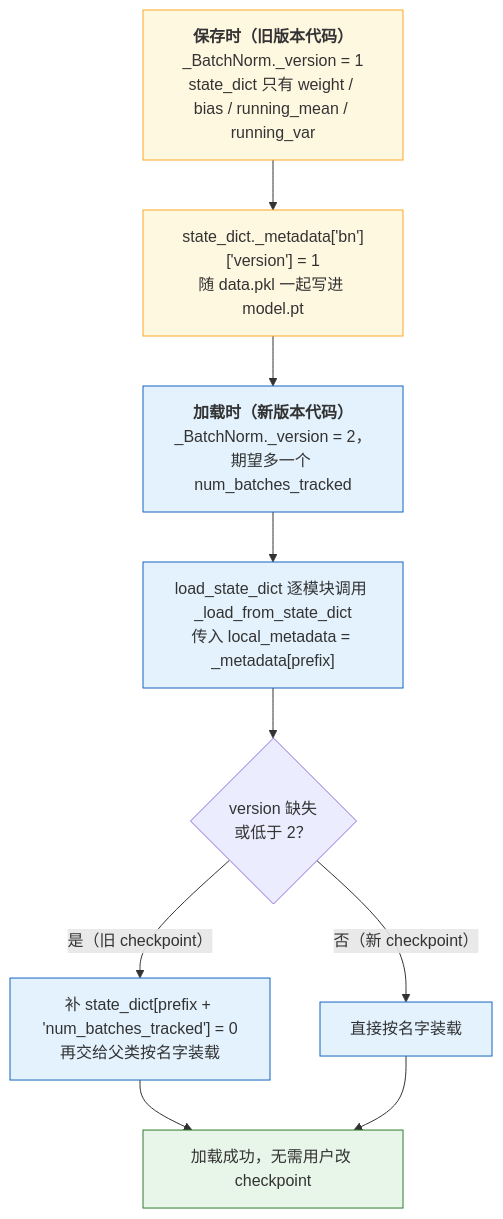
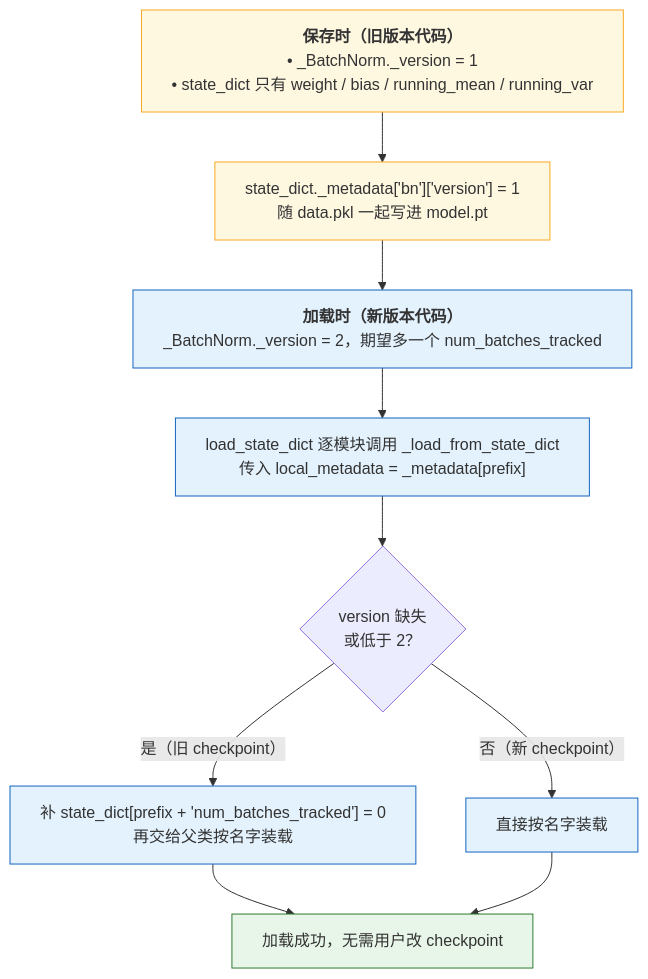
The fifth of 7 diagrams in _posts/2026-02-26-pytorch-engineering-system.md (arganzheng/arganzheng.github.com), drawn with Mermaid before and after one commit. The commit also changed other lines of this file and 9 other files, not shown here.

First line of the commit message:
PyTorch 系列其余 9 篇：流程图方框改成「标题 + 列表」

````diff
--- a/_posts/2026-02-26-pytorch-engineering-system.md
+++ b/_posts/2026-02-26-pytorch-engineering-system.md
@@ -811,22 +813,23 @@
 ```mermaid
+%%{init: {"flowchart": {"wrappingWidth": 620}}}%%
 %% 图：state_dict 的版本升级：保存时写入 _metadata 的 version，加载时 _load_from_state_dict 按版本补字段
 flowchart TB
-    SAVE["<b>保存时（旧版本代码）</b><br/>_BatchNorm._version = 1<br/>state_dict 只有 weight / bias / running_mean / running_var"]
+    SAVE["<b>保存时（旧版本代码）</b><br/>• _BatchNorm._version = 1<br/>• state_dict 只有 weight / bias / running_mean / running_var"]
     META["state_dict._metadata#91;'bn'#93;#91;'version'#93; = 1<br/>随 data.pkl 一起写进 model.pt"]
     LOAD["<b>加载时（新版本代码）</b><br/>_BatchNorm._version = 2，期望多一个 num_batches_tracked"]
     HOOK["load_state_dict 逐模块调用 _load_from_state_dict<br/>传入 local_metadata = _metadata#91;prefix#93;"]
     JUDGE{"version 缺失<br/>或低于 2？"}
     PATCH["补 state_dict#91;prefix + 'num_batches_tracked'#93; = 0<br/>再交给父类按名字装载"]
     PASS["直接按名字装载"]
     OK["加载成功，无需用户改 checkpoint"]
     SAVE --> META --> LOAD --> HOOK --> JUDGE
     JUDGE -->|"是（旧 checkpoint）"| PATCH --> OK
     JUDGE -->|"否（新 checkpoint）"| PASS --> OK
 
     classDef old fill:#fff8e1,stroke:#f9a825;
     classDef new fill:#e3f2fd,stroke:#1565c0;
     classDef good fill:#e8f5e9,stroke:#2e7d32;
     class SAVE,META old;
     class LOAD,HOOK,PATCH,PASS new;
     class OK good;
 ```
````
